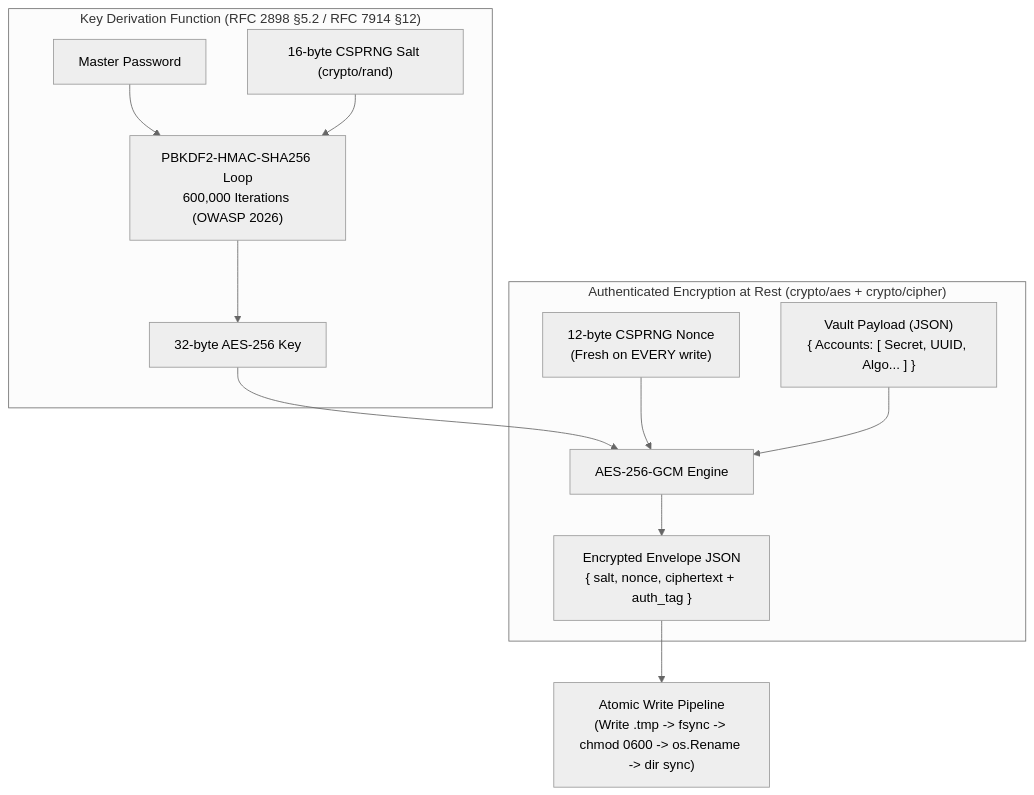
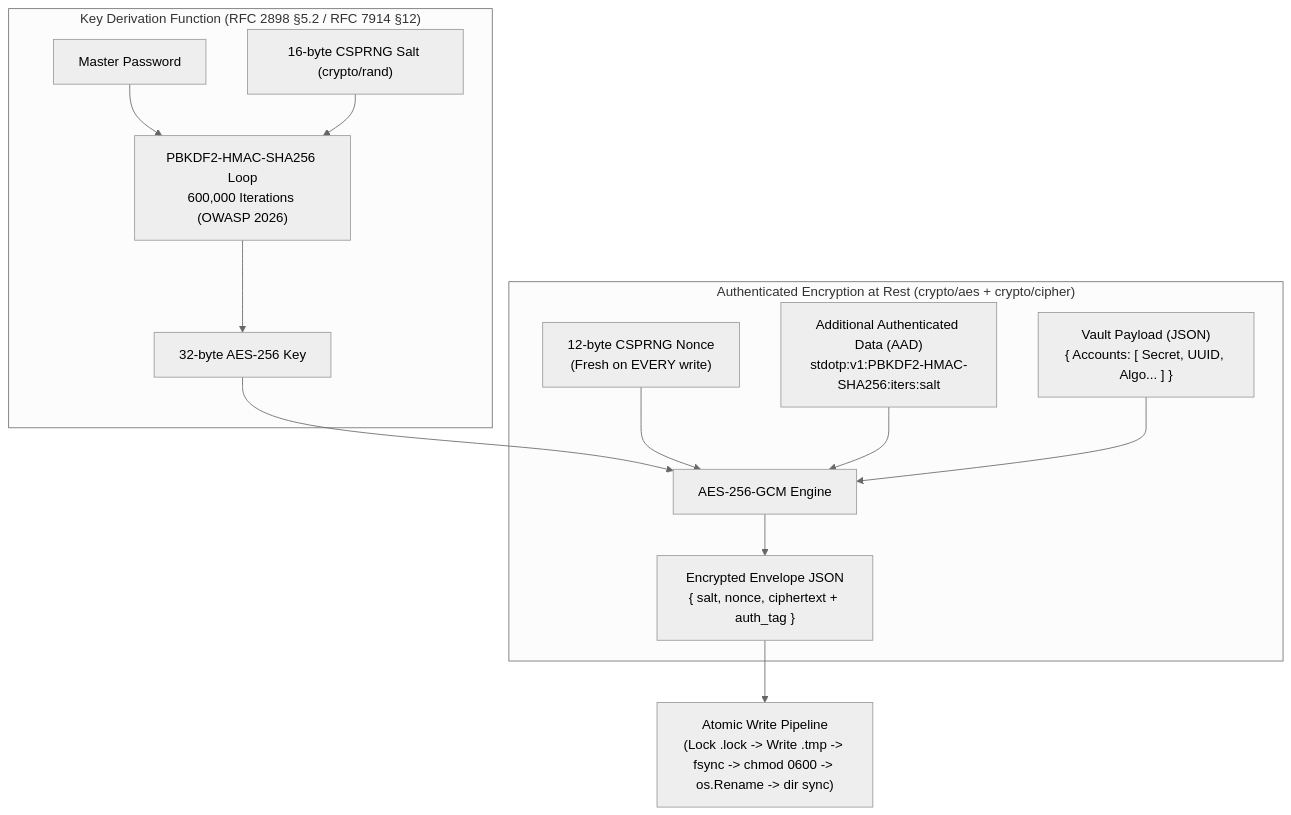
The second of 4 diagrams in README.md (moin08s/stdotp), drawn with Mermaid (neutral theme) before and after one commit. The commit also changed other lines of this file and 2 other files, not shown here.

Commit message:
feat: vault locking concurrency, AES-GCM AAD metadata authentication, header validation, custom iteration preservation, error-checked HOTP saving, and 51 tests (81.0% coverage)

````diff
--- a/README.md
+++ b/README.md
@@ -156,17 +157,18 @@
 ```mermaid
 flowchart TD
     subgraph KDF["Key Derivation Function (RFC 2898 §5.2 / RFC 7914 §12)"]
         Password[Master Password] --> PBKDF2Loop["PBKDF2-HMAC-SHA256 Loop<br/>600,000 Iterations (OWASP 2026)"]
         Salt["16-byte CSPRNG Salt (crypto/rand)"] --> PBKDF2Loop
         PBKDF2Loop --> DerivedKey["32-byte AES-256 Key"]
     end
 
     subgraph AEAD["Authenticated Encryption at Rest (crypto/aes + crypto/cipher)"]
         DerivedKey --> AESGCM["AES-256-GCM Engine"]
         FreshNonce["12-byte CSPRNG Nonce<br/>(Fresh on EVERY write)"] --> AESGCM
+        HeaderAAD["Additional Authenticated Data (AAD)<br/>stdotp:v1:PBKDF2-HMAC-SHA256:iters:salt"] --> AESGCM
         PlaintextJSON["Vault Payload (JSON)<br/>{ Accounts: [ Secret, UUID, Algo... ] }"] --> AESGCM
         AESGCM --> EncryptedEnvelope["Encrypted Envelope JSON<br/>{ salt, nonce, ciphertext + auth_tag }"]
     end
 
-    EncryptedEnvelope --> AtomicWrite["Atomic Write Pipeline<br/>(Write .tmp -> fsync -> chmod 0600 -> os.Rename -> dir sync)"]
+    EncryptedEnvelope --> AtomicWrite["Atomic Write Pipeline<br/>(Lock .lock -> Write .tmp -> fsync -> chmod 0600 -> os.Rename -> dir sync)"]
 ```
````
